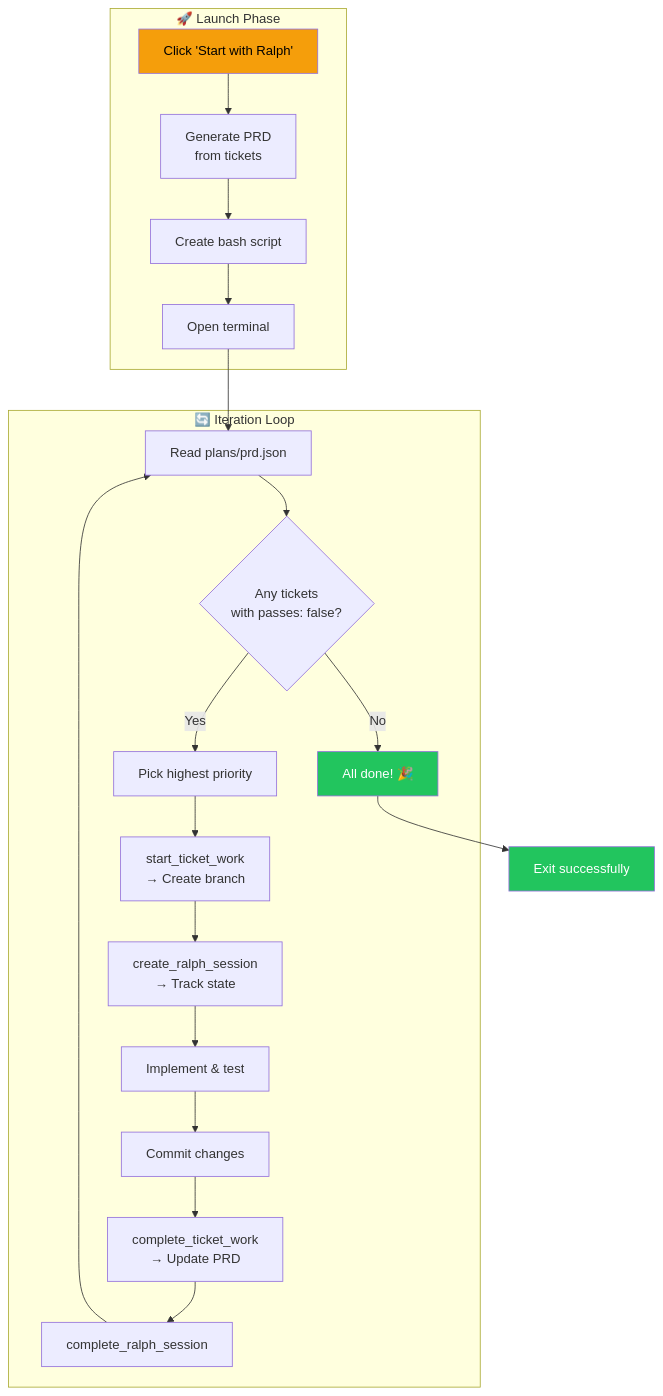
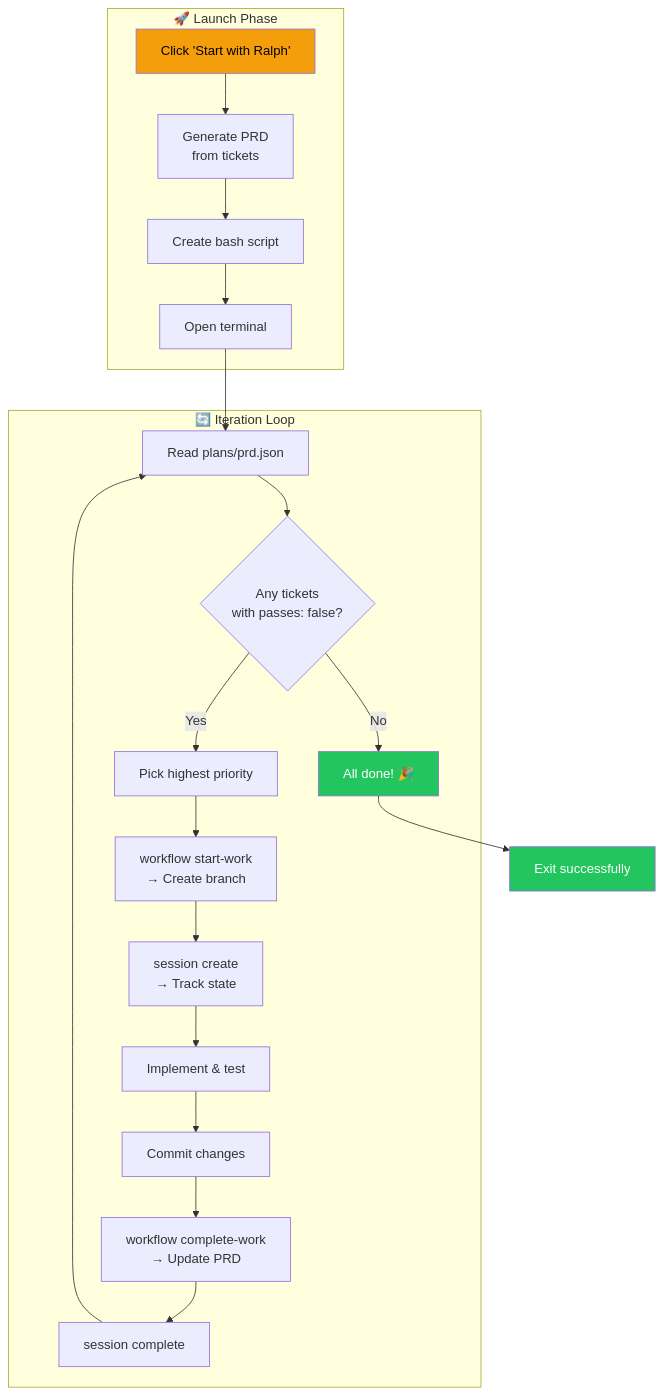
The first of 9 diagrams in docs/flows/ralph-workflow.md (salmanrrana/brain-dump), drawn with Mermaid before and after one commit. The commit also changed other lines of this file and 203 other files, not shown here.

````diff
--- a/docs/flows/ralph-workflow.md
+++ b/docs/flows/ralph-workflow.md
@@ -89,29 +89,29 @@
 ```mermaid
 flowchart TB
     subgraph Launch["🚀 Launch Phase"]
         A["Click 'Start with Ralph'"] --> B["Generate PRD<br/>from tickets"]
         B --> C["Create bash script"]
         C --> D["Open terminal"]
     end
 
     subgraph Loop["🔄 Iteration Loop"]
         E["Read plans/prd.json"] --> F{"Any tickets<br/>with passes: false?"}
         F -->|Yes| G["Pick highest priority"]
         F -->|No| H["All done! 🎉"]
 
-        G --> I["start_ticket_work<br/>→ Create branch"]
-        I --> J["create_ralph_session<br/>→ Track state"]
+        G --> I["workflow start-work<br/>→ Create branch"]
+        I --> J["session create<br/>→ Track state"]
         J --> K["Implement & test"]
         K --> L["Commit changes"]
-        L --> M["complete_ticket_work<br/>→ Update PRD"]
-        M --> N["complete_ralph_session"]
+        L --> M["workflow complete-work<br/>→ Update PRD"]
+        M --> N["session complete"]
         N --> E
     end
 
     D --> E
     H --> O["Exit successfully"]
 
     style A fill:#f59e0b,color:#000
     style H fill:#22c55e,color:#fff
     style O fill:#22c55e,color:#fff
 ```
````
